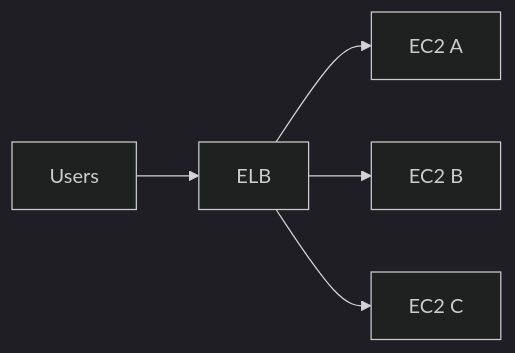
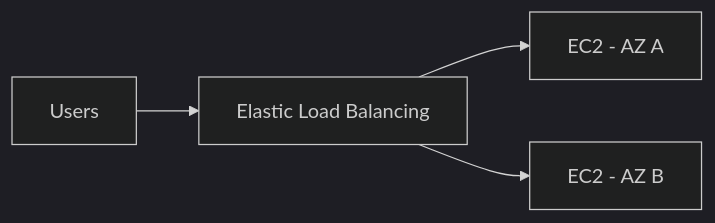
The second of 5 diagrams in content/posts/02.Security/aws/aws-ccp-3/index.md (noir1458/noir1458.github.io), drawn with Mermaid (dark theme) before and after one commit. The commit also changed other lines of this file and 4 other files, not shown here.

````diff
--- a/content/posts/02.Security/aws/aws-ccp-3/index.md
+++ b/content/posts/02.Security/aws/aws-ccp-3/index.md
@@ -153,7 +113,6 @@
 ```mermaid
 flowchart LR
-    U[Users] --> ELB[ELB]
-    ELB --> A[EC2 A]
-    ELB --> B[EC2 B]
-    ELB --> C[EC2 C]
+    U[Users] --> E[Elastic Load Balancing]
+    E --> A[EC2 - AZ A]
+    E --> B[EC2 - AZ B]
 ```
````
